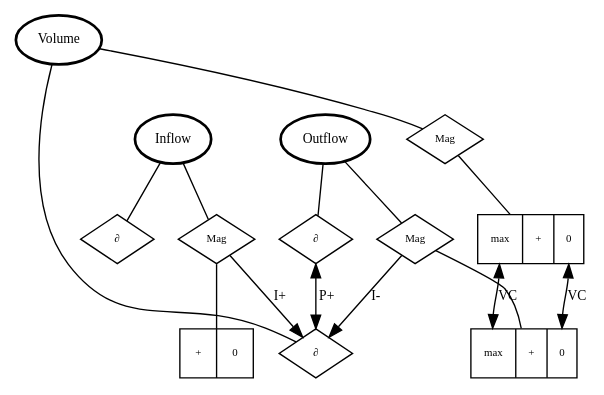
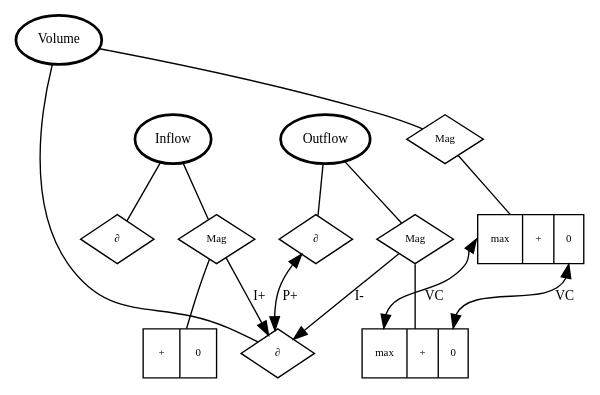
One commit to morris-frank/UVA-Qualitative-Reasoning changed the diagram in causalmodel.gv. Above: the diagram before and after it, drawn with Graphviz. The commit also changed 3 other files, not shown here.

```diff
--- a/causalmodel.gv
+++ b/causalmodel.gv
@@ -1,35 +1,26 @@
 digraph {
     node [ fontsize=8 ];
     edge [ fontsize=10 ];
     fontsize=8;
-    S [style=bold, label="Inflow", fontsize=10]
-    Sd [label="∂", shape=diamond]
-    S -> Sd [dir=none]
-    Sm [label="Mag", shape=diamond]
-    S -> Sm [dir=none]
-    Sms [label="<Splus> + | <Snull> 0", shape=record]
-    Sm -> Sms [dir=none]
+    I [style=bold, label="Inflow", fontsize=10]
+    Id [label="∂", shape=diamond]; I -> Id [dir=none, weight=20]
+    Im [label="Mag", shape=diamond]; I -> Im [dir=none, weight=20]
+    Ims [label="<Iplus> + | <Inull> 0", shape=record]; Im -> Ims [dir=none, weight=20]
 
-    D [style=bold, label="Outflow", fontsize=10]
-    Dd [label="∂", shape=diamond]
-    D -> Dd [dir=none]
-    Dm [label="Mag", shape=diamond]
-    D -> Dm [dir=none]
-    Dms [label="<Dmax> max | <Dplus>+ | <Dnull> 0", shape=record]
-    Dm -> Dms [dir=none]
+    O [style=bold, label="Outflow", fontsize=10]
+    Od [label="∂", shape=diamond]; O -> Od [dir=none, weight=20]
+    Om [label="Mag", shape=diamond]; O -> Om [dir=none, weight=20]
+    Oms [label="<Omax> max | <Oplus>+ | <Onull> 0", shape=record]; Om -> Oms [dir=none, weight=20]
 
     V [style=bold, label="Volume", fontsize=10]
-    Vd [label="∂", shape=diamond]
-    V -> Vd [dir=none]
-    Vm [label="Mag", shape=diamond]
-    V -> Vm [dir=none]
-    Vms [label="<Vmax> max | <Vplus>+ | <Vnull> 0", shape=record]
-    Vm -> Vms [dir=none]
+    Vd [label="∂", shape=diamond]; V -> Vd [dir=none, weight=20]
+    Vm [label="Mag", shape=diamond]; V -> Vm [dir=none, weight=20]
+    Vms [label="<Vmax> max | <Vplus>+ | <Vnull> 0", shape=record]; Vm -> Vms [dir=none, weight=20]
 
-    Sm -> Vd [label="I+"]
-    Dm -> Vd [label="I-"]
-    Dd -> Vd [label="P+", dir=both]
+    Im -> Vd [label="I+"]
+    Om -> Vd [label="I-"]
+    Od -> Vd [label="P+", dir=both]
 
-    Vms:Vmax -> Dms:Dmax [label="VC", dir=both]
-    Vms:Vnull -> Dms:Dnull [label="VC", dir=both]
+    Vms:Vmax -> Oms:Omax [label="VC", dir=both]
+    Vms:Vnull -> Oms:Onull [label="VC", dir=both]
 }
```
